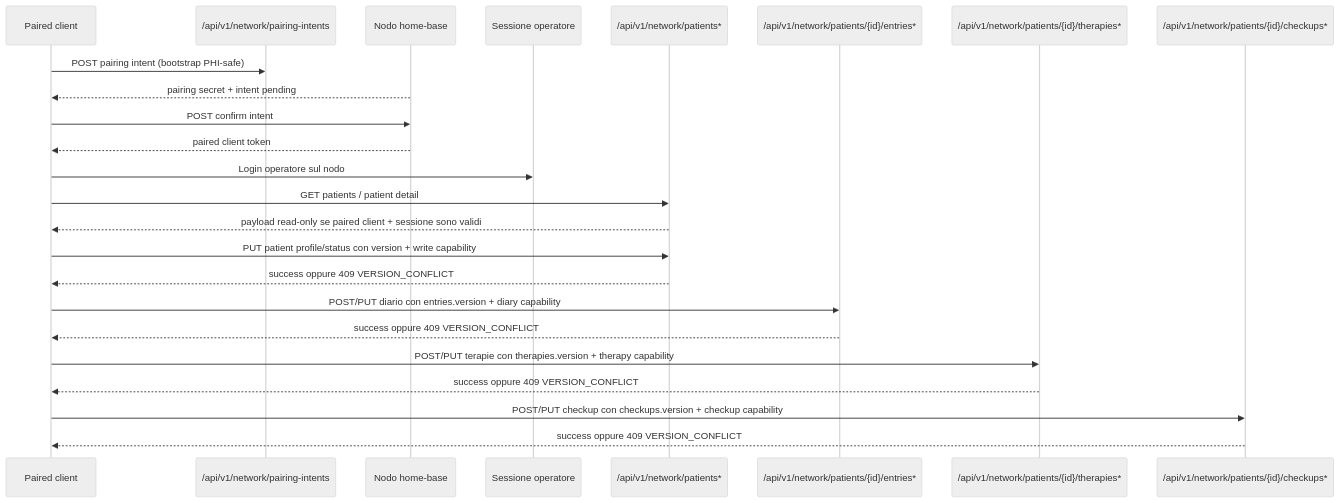
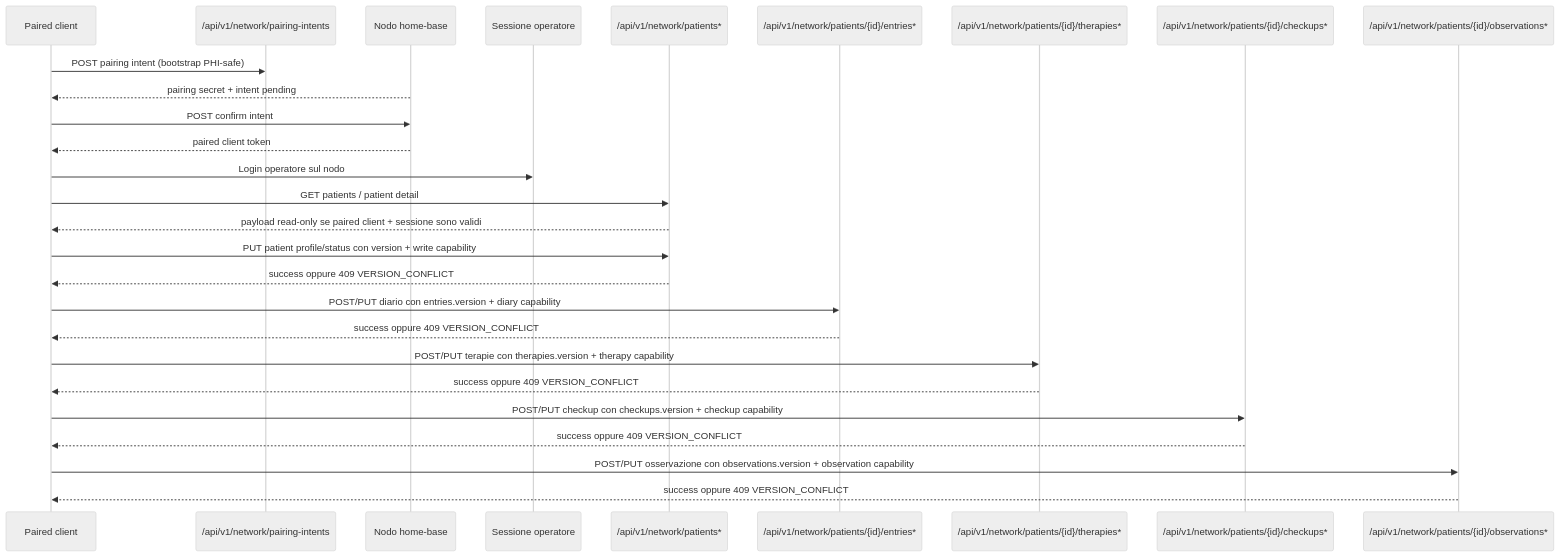
One commit to Wulfgardr/mediflow changed the tenth of 10 diagrams in docs/topologia-dati-flussi.md. Above: the diagram before and after it, drawn with Mermaid (neutral theme). The commit also changed other lines of this file and 42 other files, not shown here.

Commit message:
feat(network): add paired observation write boundary (#112)

````diff
--- a/docs/topologia-dati-flussi.md
+++ b/docs/topologia-dati-flussi.md
@@ -339,26 +339,29 @@
 ```mermaid
 sequenceDiagram
     participant Client as Paired client
     participant Pair as /api/v1/network/pairing-intents
     participant Node as Nodo home-base
     participant Session as Sessione operatore
     participant Data as /api/v1/network/patients*
     participant Diary as /api/v1/network/patients/{id}/entries*
     participant Therapy as /api/v1/network/patients/{id}/therapies*
     participant Checkup as /api/v1/network/patients/{id}/checkups*
+    participant Observation as /api/v1/network/patients/{id}/observations*
     Client->>Pair: POST pairing intent (bootstrap PHI-safe)
     Node-->>Client: pairing secret + intent pending
     Client->>Node: POST confirm intent
     Node-->>Client: paired client token
     Client->>Session: Login operatore sul nodo
     Client->>Data: GET patients / patient detail
     Data-->>Client: payload read-only se paired client + sessione sono validi
     Client->>Data: PUT patient profile/status con version + write capability
     Data-->>Client: success oppure 409 VERSION_CONFLICT
     Client->>Diary: POST/PUT diario con entries.version + diary capability
     Diary-->>Client: success oppure 409 VERSION_CONFLICT
     Client->>Therapy: POST/PUT terapie con therapies.version + therapy capability
     Therapy-->>Client: success oppure 409 VERSION_CONFLICT
     Client->>Checkup: POST/PUT checkup con checkups.version + checkup capability
     Checkup-->>Client: success oppure 409 VERSION_CONFLICT
+    Client->>Observation: POST/PUT osservazione con observations.version + observation capability
+    Observation-->>Client: success oppure 409 VERSION_CONFLICT
 ```
````
